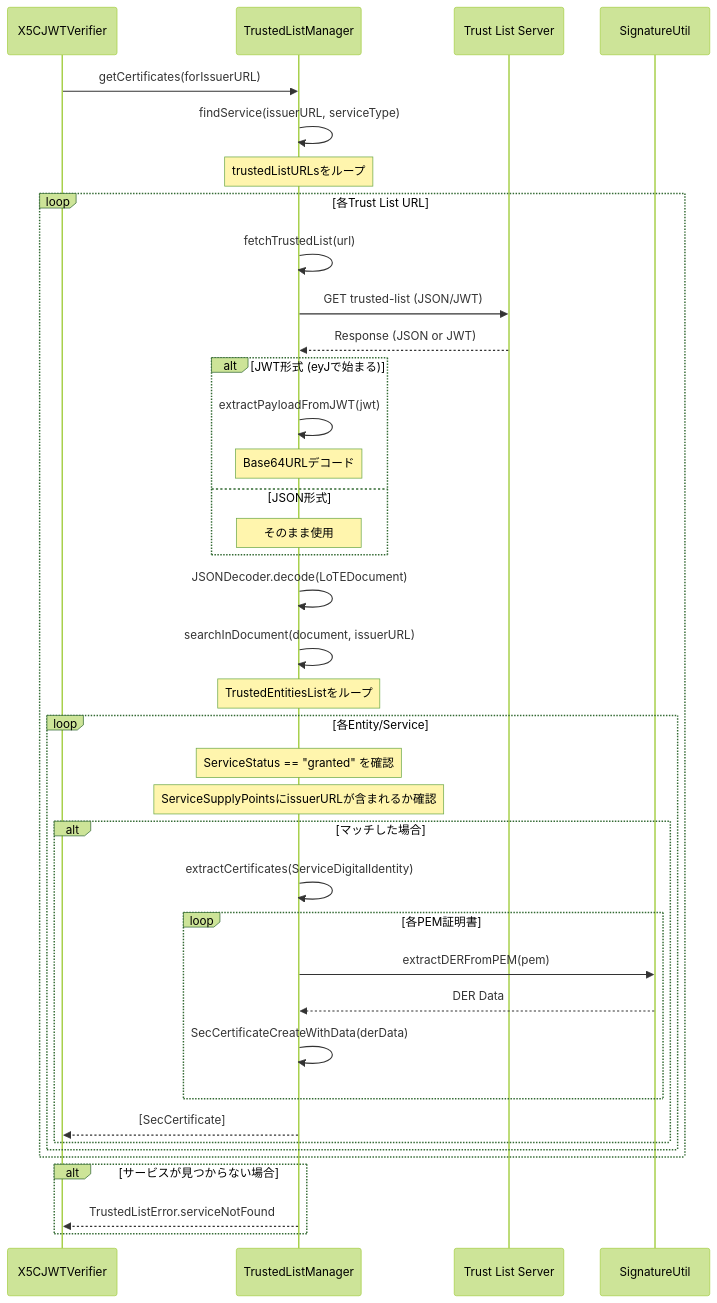
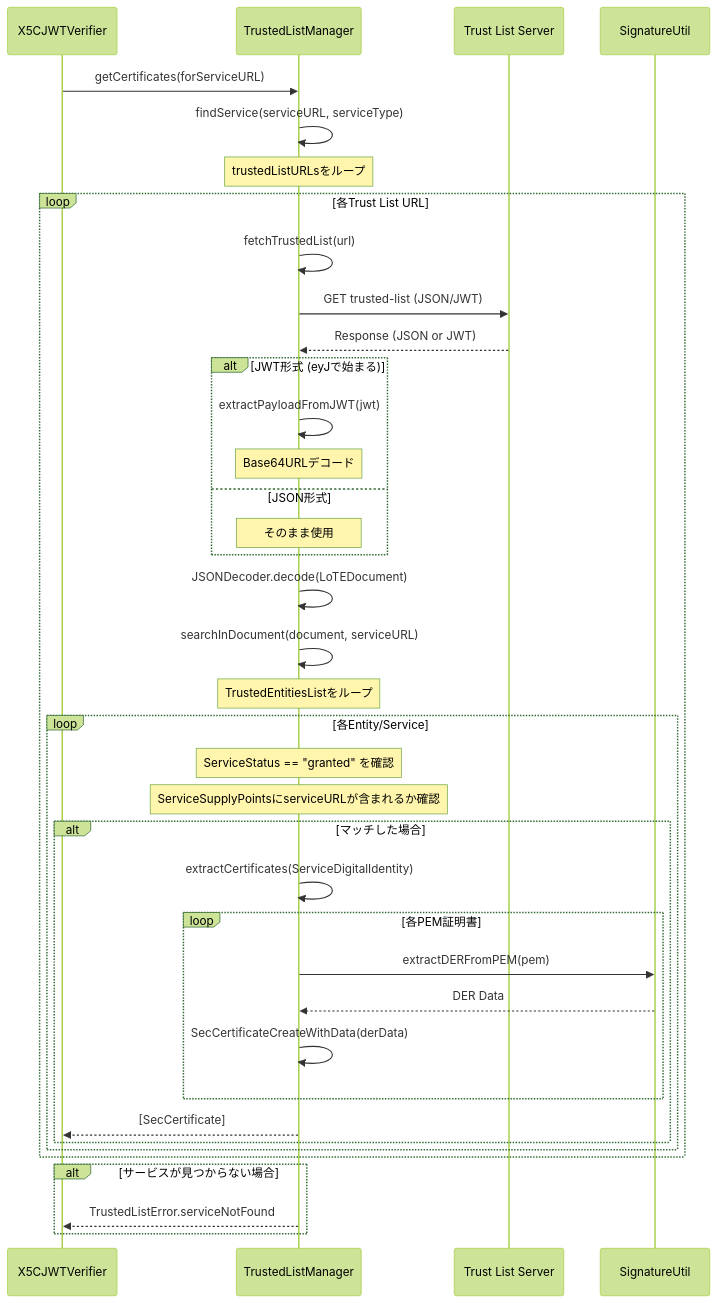
The third of 4 diagrams in docs/features/credential-issuance/metadata-verification.md (ryosuke-wakaba/OWND-Wallet-iOS), drawn with Mermaid (forest theme) before and after one commit. The commit also changed other lines of this file and 4 other files, not shown here.

First line of the commit message:
refactor: Rename issuerURL to serviceURL in TrustedListManager

````diff
--- a/docs/features/credential-issuance/metadata-verification.md
+++ b/docs/features/credential-issuance/metadata-verification.md
@@ -189,52 +189,52 @@
 ```mermaid
 sequenceDiagram
     participant Caller as X5CJWTVerifier
     participant TLM as TrustedListManager
     participant TL as Trust List Server
     participant SIG as SignatureUtil
 
-    Caller->>TLM: getCertificates(forIssuerURL)
-    TLM->>TLM: findService(issuerURL, serviceType)
+    Caller->>TLM: getCertificates(forServiceURL)
+    TLM->>TLM: findService(serviceURL, serviceType)
 
     Note over TLM: trustedListURLsをループ
 
     loop 各Trust List URL
         TLM->>TLM: fetchTrustedList(url)
         TLM->>TL: GET trusted-list (JSON/JWT)
         TL-->>TLM: Response (JSON or JWT)
 
         alt JWT形式 (eyJで始まる)
             TLM->>TLM: extractPayloadFromJWT(jwt)
             Note over TLM: Base64URLデコード
         else JSON形式
             Note over TLM: そのまま使用
         end
 
         TLM->>TLM: JSONDecoder.decode(LoTEDocument)
 
-        TLM->>TLM: searchInDocument(document, issuerURL)
+        TLM->>TLM: searchInDocument(document, serviceURL)
 
         Note over TLM: TrustedEntitiesListをループ
 
         loop 各Entity/Service
             Note over TLM: ServiceStatus == "granted" を確認
-            Note over TLM: ServiceSupplyPointsにissuerURLが含まれるか確認
+            Note over TLM: ServiceSupplyPointsにserviceURLが含まれるか確認
 
             alt マッチした場合
                 TLM->>TLM: extractCertificates(ServiceDigitalIdentity)
 
                 loop 各PEM証明書
                     TLM->>SIG: extractDERFromPEM(pem)
                     SIG-->>TLM: DER Data
                     TLM->>TLM: SecCertificateCreateWithData(derData)
                 end
 
                 TLM-->>Caller: [SecCertificate]
             end
         end
     end
 
     alt サービスが見つからない場合
         TLM-->>Caller: TrustedListError.serviceNotFound
     end
 ```
````
